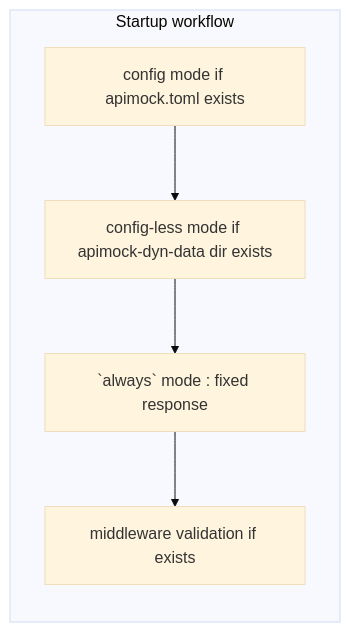
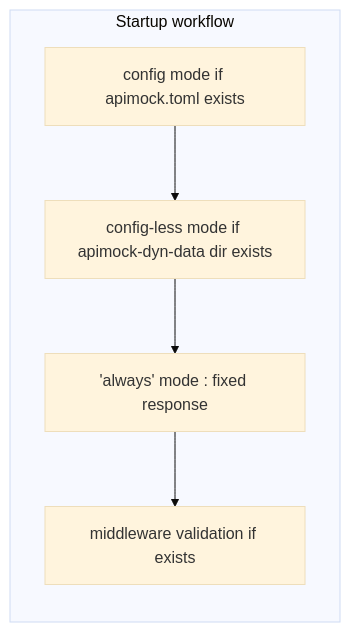
Before and after one commit to nabbisen/apimock-rs: the first of 2 diagrams in docs/SPECS.md, drawn with Mermaid (base theme). The commit also changed other lines of this file, not shown here.

Commit message:
fix mermaid parser failed w/ backquote

````diff
--- a/docs/SPECS.md
+++ b/docs/SPECS.md
@@ -13,9 +13,9 @@
 ```mermaid
 graph
     subgraph Startup workflow
         direction TB
         A[config mode if apimock.toml exists] --> B[config-less mode if apimock-dyn-data dir exists]
-        B --> C[`always` mode : fixed response]
+        B --> C['always' mode : fixed response]
         C --> D[middleware validation if exists]
     end
 ```
````
